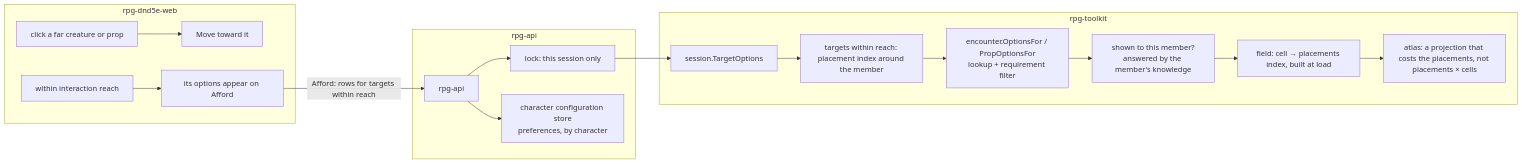
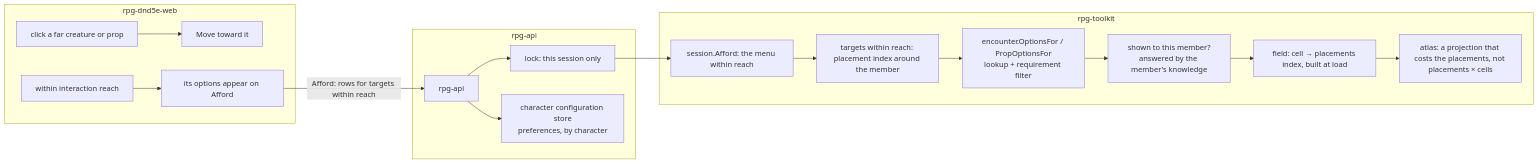
Before and after one commit to KirkDiggler/rpg-project: the diagram in ideas/server-at-scale/design.md, drawn with Mermaid. The commit also changed other lines of this file and 2 other files, not shown here.

First line of the commit message:
design(server-at-scale): one reach rule (the encounter's range refusal), sight-now for the offer, castle script steps named, stale TargetOptions text

````diff
--- a/ideas/server-at-scale/design.md
+++ b/ideas/server-at-scale/design.md
@@ -10,20 +10,20 @@
 ```mermaid
 flowchart LR
     subgraph web [rpg-dnd5e-web]
         Click[click a far creature or prop] --> Approach[Move toward it]
         Near[within interaction reach] --> Menu[its options appear on Afford]
     end
     Menu -->|Afford: rows for targets within reach| api[rpg-api]
     subgraph api_ [rpg-api]
         api --> Lock[lock: this session only]
         api --> Prefs[character configuration store<br/>preferences, by character]
     end
-    Lock --> Session[session.TargetOptions]
+    Lock --> Session[session.Afford: the menu within reach]
     subgraph toolkit [rpg-toolkit]
         Session --> Near2[targets within reach: placement index around the member]
         Near2 --> Options[encounter.OptionsFor / PropOptionsFor<br/>lookup + requirement filter]
         Options --> Shown[shown to this member?<br/>answered by the member's knowledge]
         Shown --> Index[field: cell → placements index, built at load]
         Index --> Atlas[atlas: a projection that costs the placements, not placements × cells]
     end
 ```
````
